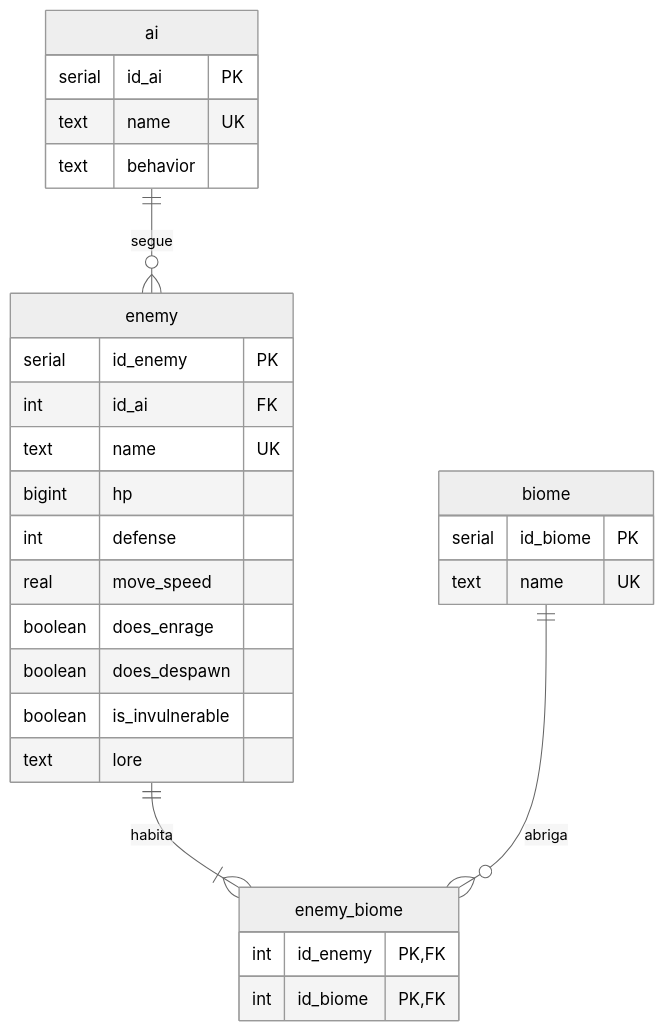
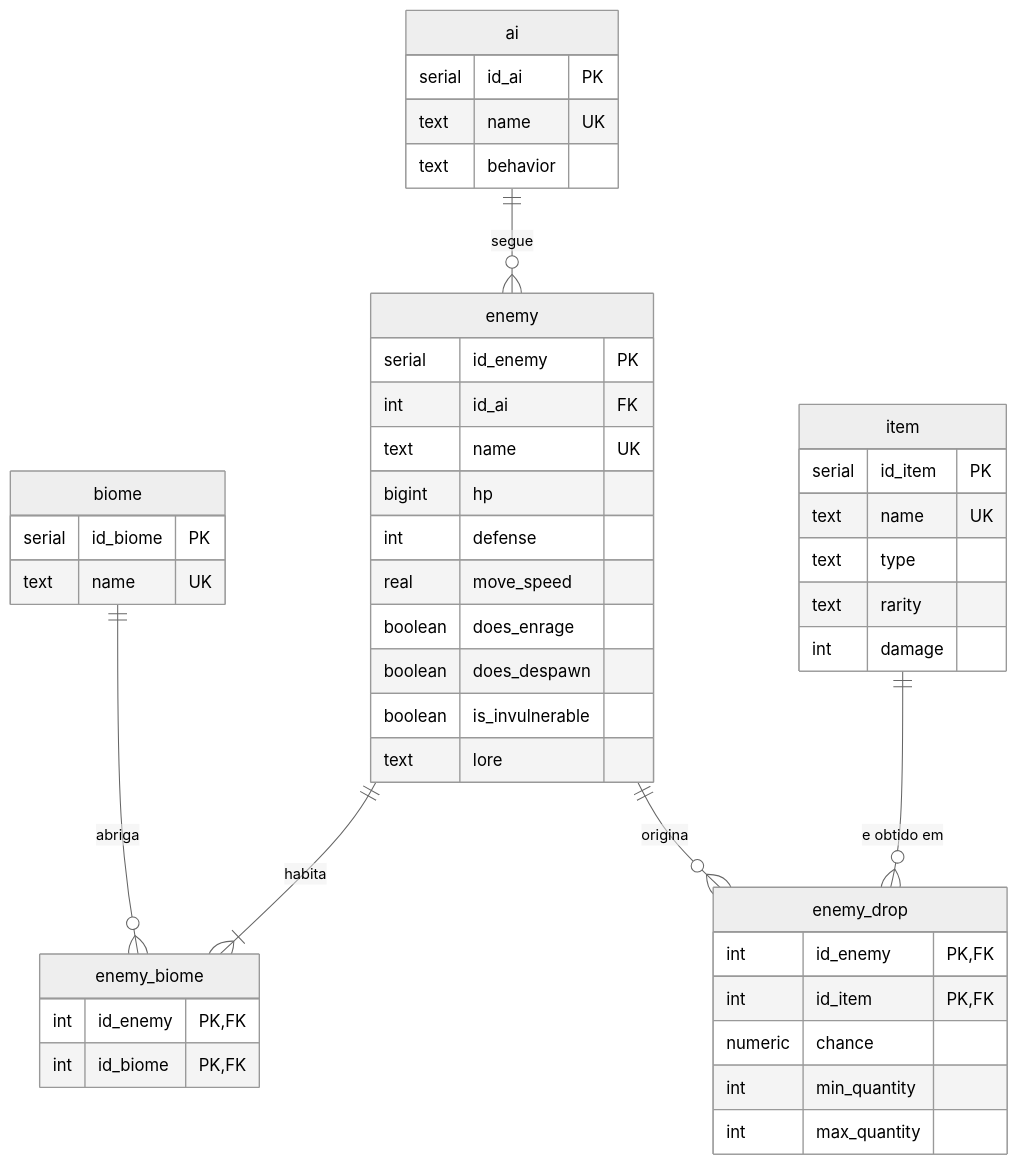
The diagram in docs/iteracao2/der.md (iruziky/terraria_bd), drawn with Mermaid (neutral theme) before and after one commit.

Commit message:
adiciona itens e drops ao der

````diff
--- a/docs/iteracao2/der.md
+++ b/docs/iteracao2/der.md
@@ -5,31 +5,47 @@
 ```mermaid
 erDiagram
     biome {
         serial id_biome PK
         text name UK
     }
     ai {
         serial id_ai PK
         text name UK
         text behavior
     }
     enemy {
         serial id_enemy PK
         int id_ai FK
         text name UK
         bigint hp
         int defense
         real move_speed
         boolean does_enrage
         boolean does_despawn
         boolean is_invulnerable
         text lore
     }
     enemy_biome {
         int id_enemy PK,FK
         int id_biome PK,FK
     }
     ai ||--o{ enemy : "segue"
     enemy ||--|{ enemy_biome : "habita"
     biome ||--o{ enemy_biome : "abriga"
+    item {
+        serial id_item PK
+        text name UK
+        text type
+        text rarity
+        int damage
+    }
+    enemy_drop {
+        int id_enemy PK,FK
+        int id_item PK,FK
+        numeric chance
+        int min_quantity
+        int max_quantity
+    }
+    enemy ||--o{ enemy_drop : "origina"
+    item ||--o{ enemy_drop : "e obtido em"
 ```
````
